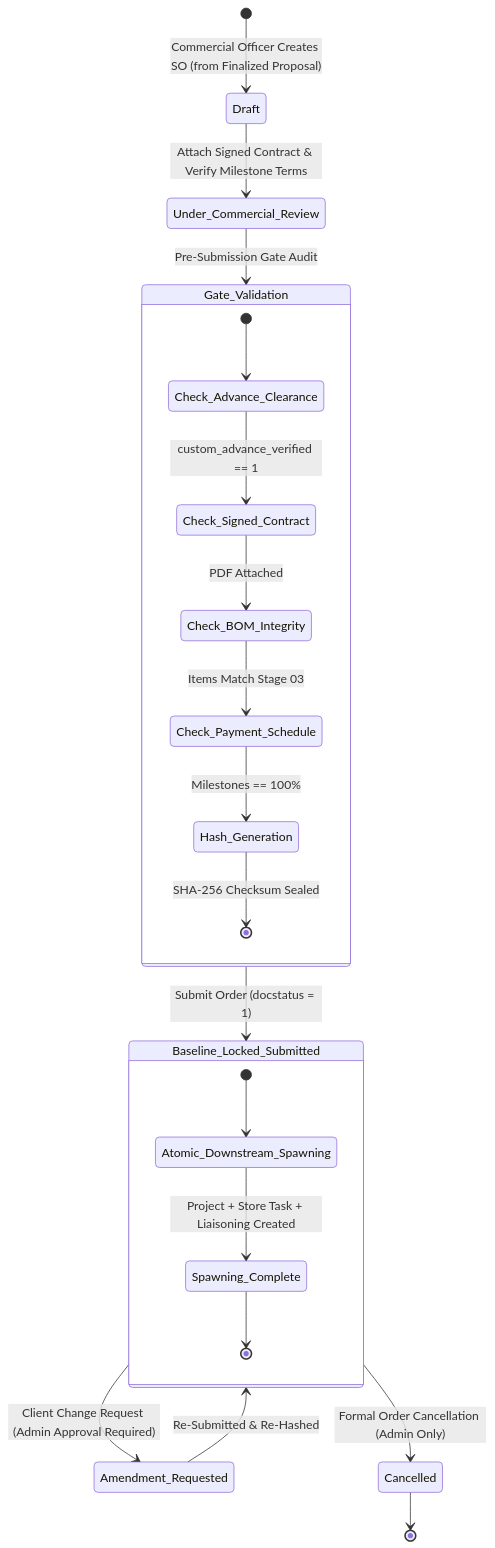
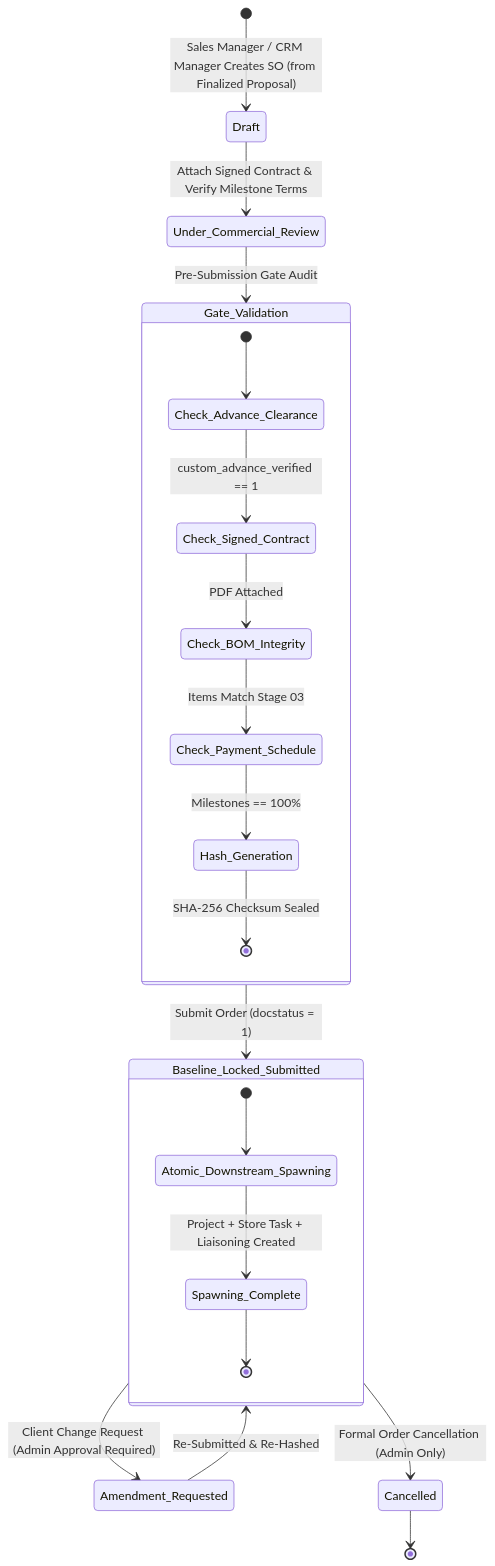
Before and after one commit to cbdits-yogesh/solar_module_planning_docs: the first of 2 diagrams in step_plans/STEP_06_SALES_ORDER_BASELINE_SPECIFICATION.md, drawn with Mermaid. The commit also changed other lines of this file and 53 other files, not shown here.

````diff
--- a/step_plans/STEP_06_SALES_ORDER_BASELINE_SPECIFICATION.md
+++ b/step_plans/STEP_06_SALES_ORDER_BASELINE_SPECIFICATION.md
@@ -258,31 +259,31 @@
 ```mermaid
 stateDiagram-v2
-    [*] --> Draft: Commercial Officer Creates SO (from Finalized Proposal)
+    [*] --> Draft: Sales Manager / CRM Manager Creates SO (from Finalized Proposal)
 
     Draft --> Under_Commercial_Review: Attach Signed Contract & Verify Milestone Terms
 
     Under_Commercial_Review --> Gate_Validation: Pre-Submission Gate Audit
 
     state Gate_Validation {
         [*] --> Check_Advance_Clearance
         Check_Advance_Clearance --> Check_Signed_Contract: custom_advance_verified == 1
         Check_Signed_Contract --> Check_BOM_Integrity: PDF Attached
         Check_BOM_Integrity --> Check_Payment_Schedule: Items Match Stage 03
         Check_Payment_Schedule --> Hash_Generation: Milestones == 100%
         Hash_Generation --> [*]: SHA-256 Checksum Sealed
     }
 
     Gate_Validation --> Baseline_Locked_Submitted: Submit Order (docstatus = 1)
 
     state Baseline_Locked_Submitted {
         [*] --> Atomic_Downstream_Spawning
         Atomic_Downstream_Spawning --> Spawning_Complete: Project + Store Task + Liaisoning Created
         Spawning_Complete --> [*]
     }
 
     Baseline_Locked_Submitted --> Amendment_Requested: Client Change Request (Admin Approval Required)
     Amendment_Requested --> Baseline_Locked_Submitted: Re-Submitted & Re-Hashed
 
     Baseline_Locked_Submitted --> Cancelled: Formal Order Cancellation (Admin Only)
     Cancelled --> [*]
 ```
````
